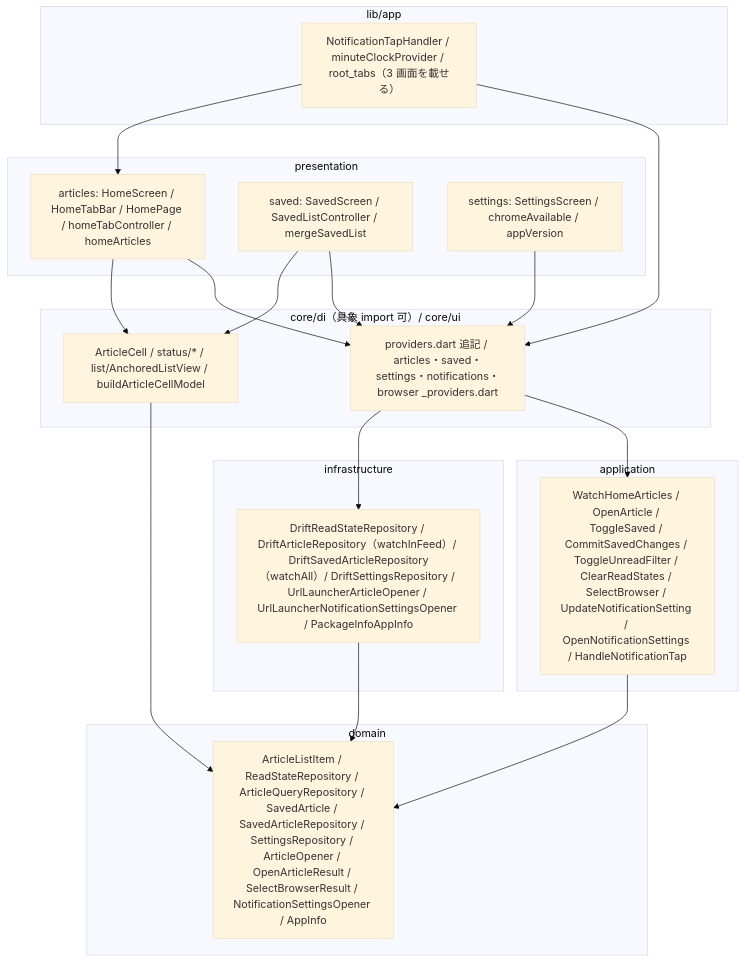
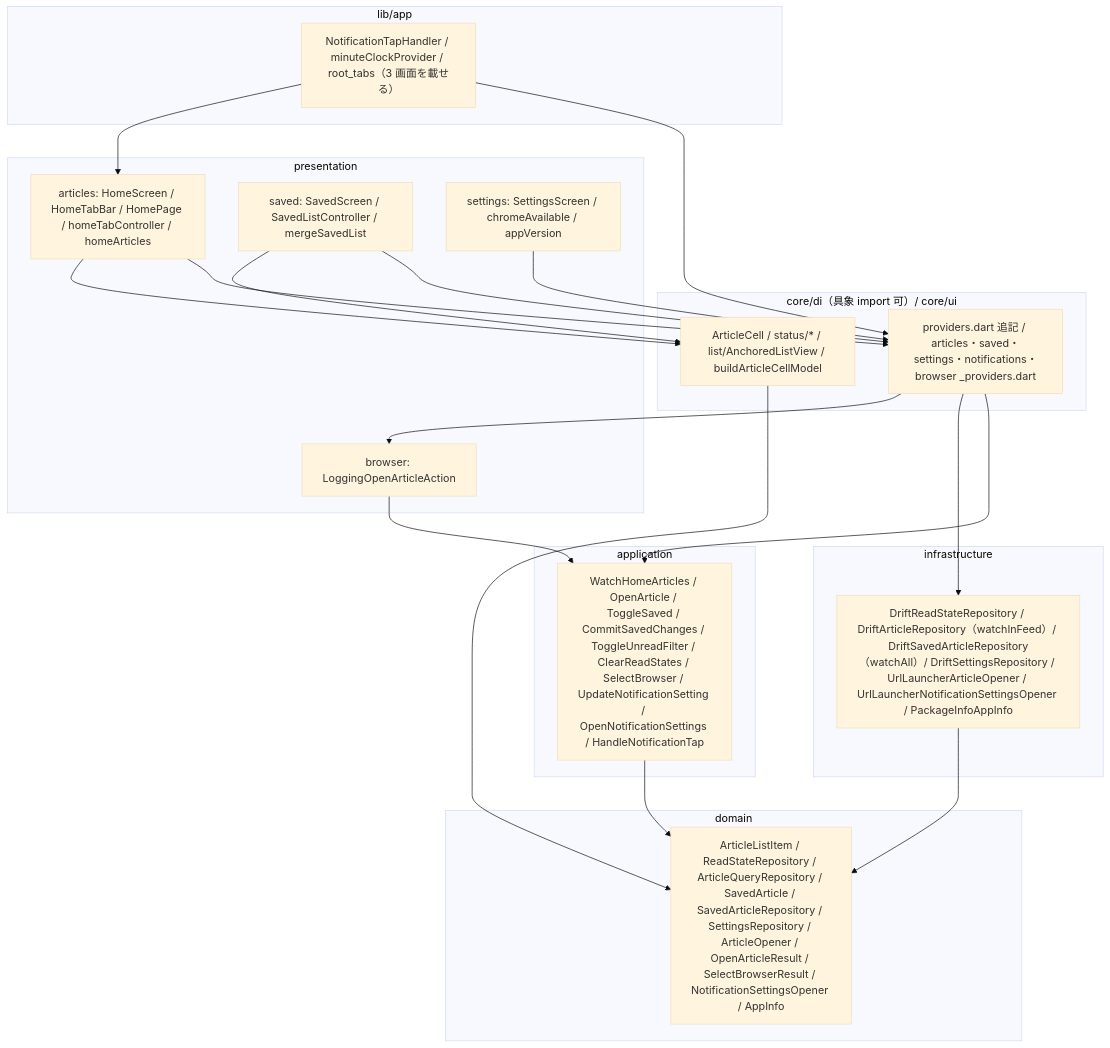
One commit to sss-kato/curtaincall changed the first of 2 diagrams in docs/design/D-05.md. Above: the diagram before and after it, drawn with Mermaid (base theme). The commit also changed other lines of this file, not shown here.

````diff
--- a/docs/design/D-05.md
+++ b/docs/design/D-05.md
@@ -186,36 +189,39 @@
 ```mermaid
 flowchart TB
   subgraph APP["lib/app"]
     NTH["NotificationTapHandler / minuteClockProvider / root_tabs（3 画面を載せる）"]
   end
   subgraph PRES["presentation"]
     HOME["articles: HomeScreen / HomeTabBar / HomePage / homeTabController / homeArticles"]
     SAVED["saved: SavedScreen / SavedListController / mergeSavedList"]
     SET["settings: SettingsScreen / chromeAvailable / appVersion"]
+    BROWSER["browser: LoggingOpenArticleAction"]
   end
   subgraph CORE["core/di（具象 import 可）/ core/ui"]
     DI["providers.dart 追記 / articles・saved・settings・notifications・browser _providers.dart"]
     UI["ArticleCell / status/* / list/AnchoredListView / buildArticleCellModel"]
   end
   subgraph APPL["application"]
     UC["WatchHomeArticles / OpenArticle / ToggleSaved / CommitSavedChanges / ToggleUnreadFilter / ClearReadStates / SelectBrowser / UpdateNotificationSetting / OpenNotificationSettings / HandleNotificationTap"]
   end
   subgraph DOM["domain"]
     IF["ArticleListItem / ReadStateRepository / ArticleQueryRepository / SavedArticle / SavedArticleRepository / SettingsRepository / ArticleOpener / OpenArticleResult / SelectBrowserResult / NotificationSettingsOpener / AppInfo"]
   end
   subgraph INFRA["infrastructure"]
     IMPL["DriftReadStateRepository / DriftArticleRepository（watchInFeed）/ DriftSavedArticleRepository（watchAll）/ DriftSettingsRepository / UrlLauncherArticleOpener / UrlLauncherNotificationSettingsOpener / PackageInfoAppInfo"]
   end
   NTH --> DI
   NTH --> HOME
   HOME --> DI
   HOME --> UI
   SAVED --> DI
   SAVED --> UI
   SET --> DI
   DI --> UC
   DI --> IMPL
+  DI --> BROWSER
+  BROWSER --> UC
   UC --> IF
   IMPL --> IF
   UI --> IF
 ```
````
